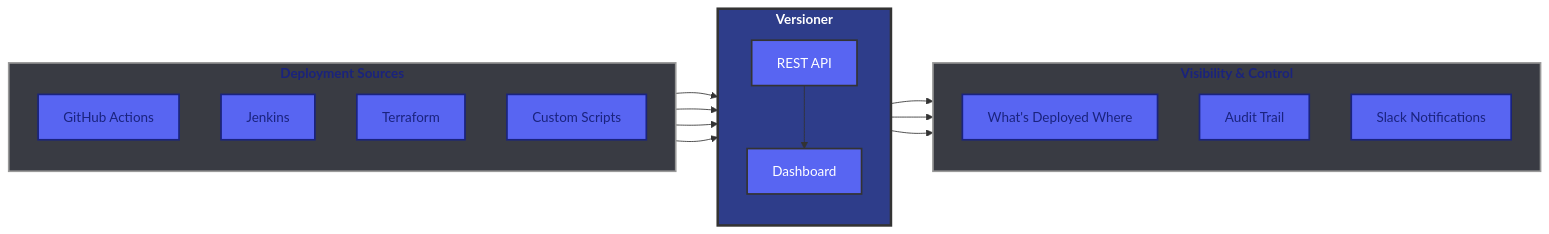
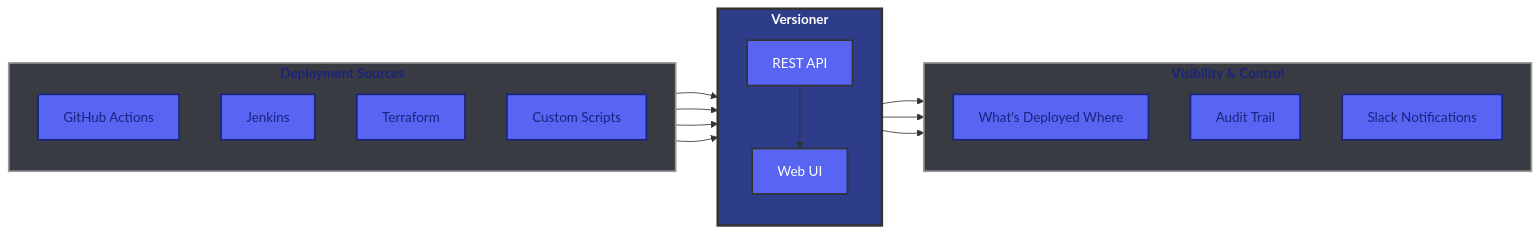
The diagram in public/index.md (versioner-io/versioner-docs), drawn with Mermaid before and after one commit. The commit also changed 1 other file, not shown here.

Commit message:
Update diagram

````diff
--- a/public/index.md
+++ b/public/index.md
@@ -7,46 +7,46 @@
 ```mermaid
 flowchart LR
     subgraph sources["<b>Deployment Sources</b>"]
         direction TB
         gh["GitHub Actions"]
         jk["Jenkins"]
         tf["Terraform"]
         custom["Custom Scripts"]
     end
 
     subgraph versioner["<b>Versioner</b>"]
         direction TB
         api["REST API"]
-        dash["Dashboard"]
+        web["Web UI"]
     end
 
     subgraph outputs["<b>Visibility & Control</b>"]
         direction TB
         view["What's Deployed Where"]
         audit["Audit Trail"]
         notify["Slack Notifications"]
     end
 
     gh --> api
     jk --> api
     tf --> api
     custom --> api
 
-    api --> dash
-    dash --> view
-    dash --> audit
-    dash --> notify
+    api --> web
+    api --> notify
+    web --> view
+    web --> audit
 
     style versioner fill:#2E3D8A,stroke:#333,stroke-width:3px,color:#fff
     style sources fill:#393B43,stroke:#999,stroke-width:2px,color:#1a237e
     style outputs fill:#393B43,stroke:#999,stroke-width:2px,color:#1a237e
     style gh fill:#5865f2,stroke:#1a237e,stroke-width:2px,color:#1a237e
     style jk fill:#5865f2,stroke:#1a237e,stroke-width:2px,color:#1a237e
     style tf fill:#5865f2,stroke:#1a237e,stroke-width:2px,color:#1a237e
     style custom fill:#5865f2,stroke:#1a237e,stroke-width:2px,color:#1a237e
     style api fill:#5865f2,stroke:#333,stroke-width:2px,color:#fff
-    style dash fill:#5865f2,stroke:#333,stroke-width:2px,color:#fff
+    style web fill:#5865f2,stroke:#333,stroke-width:2px,color:#fff
     style view fill:#5865f2,stroke:#1a237e,stroke-width:2px,color:#1a237e
     style audit fill:#5865f2,stroke:#1a237e,stroke-width:2px,color:#1a237e
     style notify fill:#5865f2,stroke:#1a237e,stroke-width:2px,color:#1a237e
 ```
````
